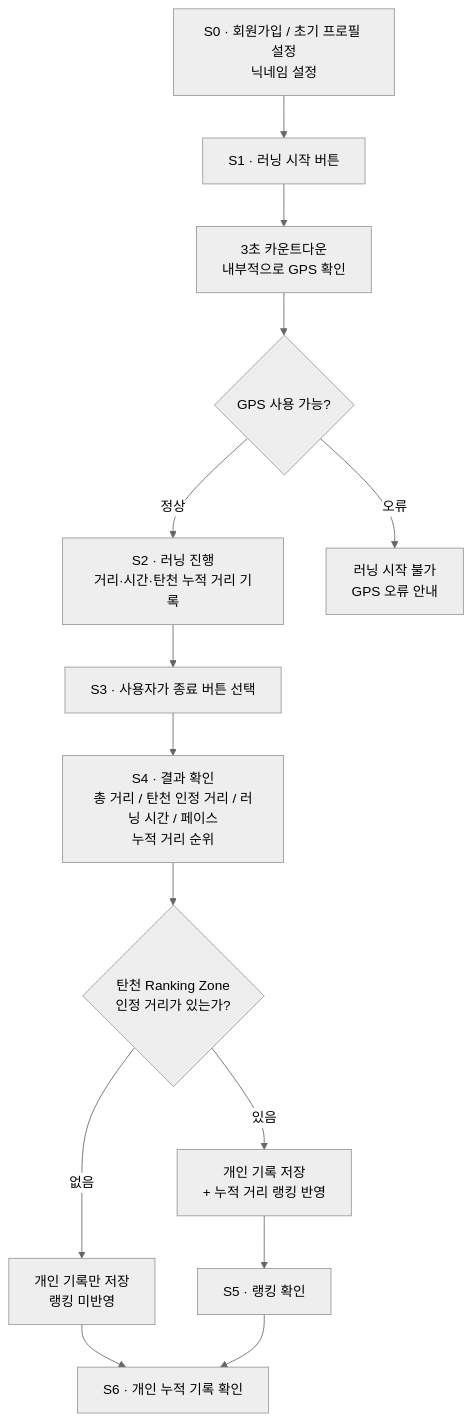
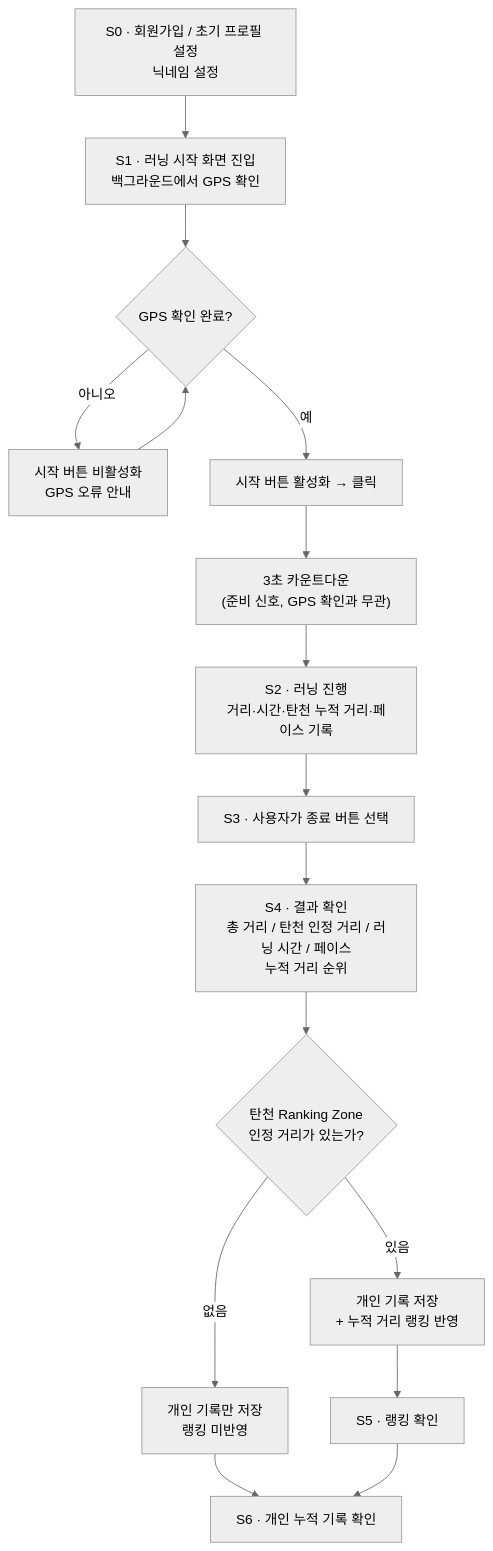
The diagram in docs/02-workflow.md (NextComm1T/project_planning_2), drawn with Mermaid (neutral theme) before and after one commit. The commit also changed other lines of this file and 4 other files, not shown here.

````diff
--- a/docs/02-workflow.md
+++ b/docs/02-workflow.md
@@ -43,26 +44,28 @@
 ```mermaid
 flowchart TD
     S0["S0 · 회원가입 / 초기 프로필 설정<br/>닉네임 설정"]
-    --> S1["S1 · 러닝 시작 버튼"]
+    --> S1["S1 · 러닝 시작 화면 진입<br/>백그라운드에서 GPS 확인"]
 
-    S1 --> C["3초 카운트다운<br/>내부적으로 GPS 확인"]
+    S1 --> G{"GPS 확인 완료?"}
 
-    C --> G{"GPS 사용 가능?"}
+    G -->|아니오| E["시작 버튼 비활성화<br/>GPS 오류 안내"]
+    E --> G
 
-    G -->|정상| S2["S2 · 러닝 진행<br/>거리·시간·탄천 누적 거리 기록"]
-    G -->|오류| E["러닝 시작 불가<br/>GPS 오류 안내"]
+    G -->|예| B["시작 버튼 활성화 → 클릭"]
+    B --> C["3초 카운트다운<br/>(준비 신호, GPS 확인과 무관)"]
+    C --> S2["S2 · 러닝 진행<br/>거리·시간·탄천 누적 거리·페이스 기록"]
 
     S2 --> S3["S3 · 사용자가 종료 버튼 선택"]
 
     S3 --> S4["S4 · 결과 확인<br/>총 거리 / 탄천 인정 거리 / 러닝 시간 / 페이스<br/>누적 거리 순위"]
 
     S4 --> R{"탄천 Ranking Zone<br/>인정 거리가 있는가?"}
 
     R -->|있음| R1["개인 기록 저장<br/>+ 누적 거리 랭킹 반영"]
     R -->|없음| R2["개인 기록만 저장<br/>랭킹 미반영"]
 
     R1 --> S5["S5 · 랭킹 확인"]
     R2 --> S6["S6 · 개인 누적 기록 확인"]
 
     S5 --> S6
 ```
````
